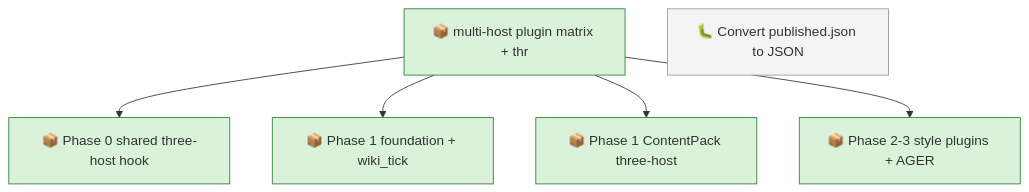
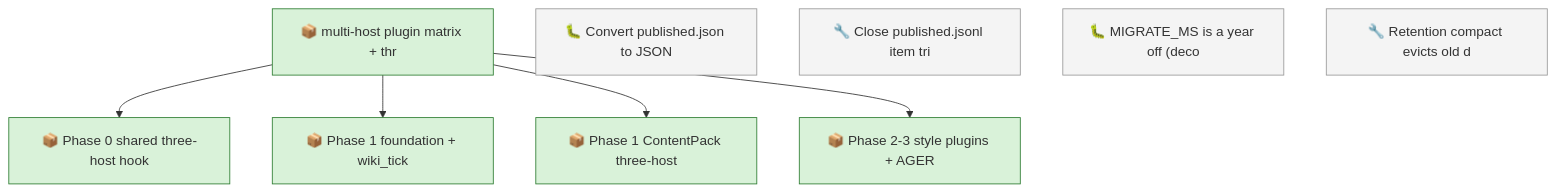
Before and after one commit to SpillwaveSolutions/wiki_ticket_sdd: the first of 2 diagrams in docs/roadmap.md, drawn with Mermaid. The commit also changed other lines of this file and 20 other files, not shown here.

````diff
--- a/docs/roadmap.md
+++ b/docs/roadmap.md
@@ -49,17 +68,20 @@
 ```mermaid
 graph TD
     01M0KCDKJRAZYMWDD9PFGHC6XY["📦 multi-host plugin matrix + thr"]
     01M0KCDV5GP8BMZT142MMAPAG7["📦 Phase 0 shared three-host hook"]
     01M0KCDV7AQEQ61TA2MYN3M5C3["📦 Phase 1 foundation + wiki_tick"]
     01M0KCDV94P4YPBXJXQZNNGQTM["📦 Phase 1 ContentPack three-host"]
     01M0KCDVAYS67SPN8FHAYY4DWX["📦 Phase 2-3 style plugins + AGER"]
     01M18QBM233GRTVR7JRXSVNK66["🐛 Convert published.json to JSON"]
+    01M19XRRTTWDBN0SRGDZ1VN35G["🔧 Close published.jsonl item tri"]
+    01M19XRRWXHM72JBY29FQRRMEJ["🐛 MIGRATE_MS is a year off (deco"]
+    01M19XRRZ2894K7XE59RX1EAY1["🔧 Retention compact evicts old d"]
     01M0KCDKJRAZYMWDD9PFGHC6XY --> 01M0KCDV5GP8BMZT142MMAPAG7
     01M0KCDKJRAZYMWDD9PFGHC6XY --> 01M0KCDV7AQEQ61TA2MYN3M5C3
     01M0KCDKJRAZYMWDD9PFGHC6XY --> 01M0KCDV94P4YPBXJXQZNNGQTM
     01M0KCDKJRAZYMWDD9PFGHC6XY --> 01M0KCDVAYS67SPN8FHAYY4DWX
     classDef todo fill:#f4f4f4,stroke:#999999
-    class 01M18QBM233GRTVR7JRXSVNK66 todo
+    class 01M18QBM233GRTVR7JRXSVNK66,01M19XRRTTWDBN0SRGDZ1VN35G,01M19XRRWXHM72JBY29FQRRMEJ,01M19XRRZ2894K7XE59RX1EAY1 todo
     classDef in_progress fill:#d9f2d9,stroke:#2e7d32
     class 01M0KCDKJRAZYMWDD9PFGHC6XY,01M0KCDV5GP8BMZT142MMAPAG7,01M0KCDV7AQEQ61TA2MYN3M5C3,01M0KCDV94P4YPBXJXQZNNGQTM,01M0KCDVAYS67SPN8FHAYY4DWX in_progress
 ```
````
